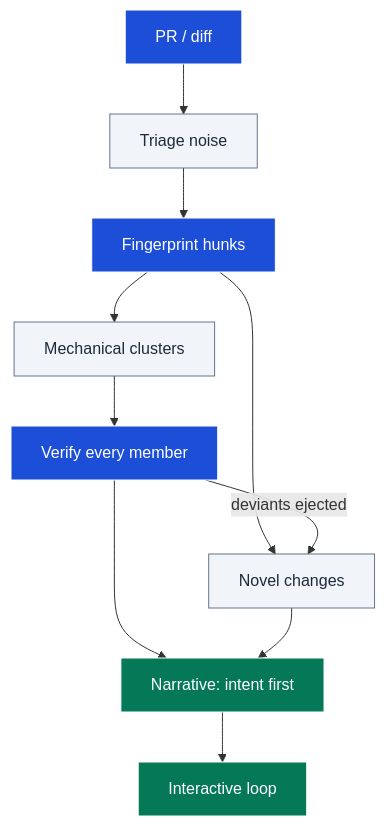
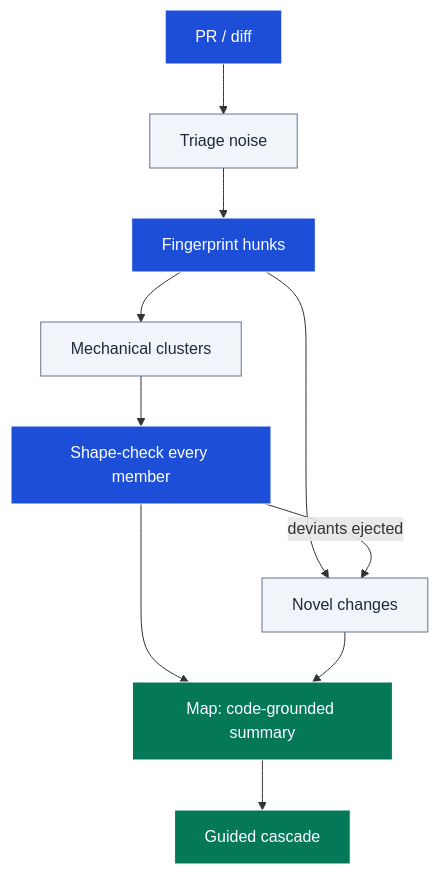
Before and after one commit to neozenith/agentic-dotfiles: the first of 2 diagrams in skills/prwalkthrough/README.md, drawn with Mermaid. The commit also changed other lines of this file and 19 other files, not shown here.

````diff
--- a/skills/prwalkthrough/README.md
+++ b/skills/prwalkthrough/README.md
@@ -56,19 +56,19 @@
 ```mermaid
 flowchart TD
     PR[PR / diff] --> T[Triage noise]
     T --> F[Fingerprint hunks]
     F --> MC[Mechanical clusters]
     F --> NV[Novel changes]
-    MC --> V[Verify every member]
+    MC --> V[Shape-check every member]
     V -- deviants ejected --> NV
-    V --> N[Narrative: intent first]
+    V --> N[Map: code-grounded summary]
     NV --> N
-    N --> L[Interactive loop]
+    N --> L[Guided cascade]
 
     classDef primary fill:#1d4ed8,stroke:#fff,color:#fff
     classDef secondary fill:#f1f5f9,stroke:#64748b,color:#1e293b
     classDef accent fill:#047857,stroke:#fff,color:#fff
     class PR,F,V primary
     class T,MC,NV secondary
     class N,L accent
 ```
````
